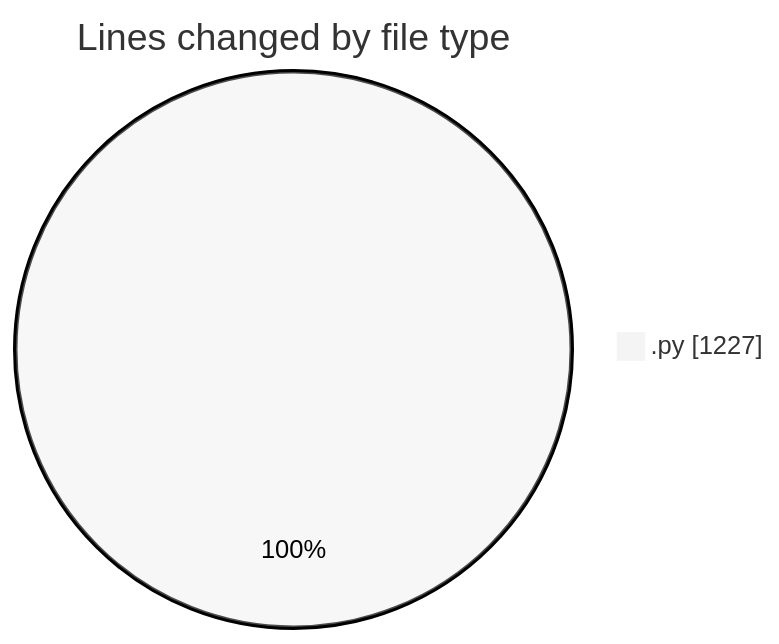
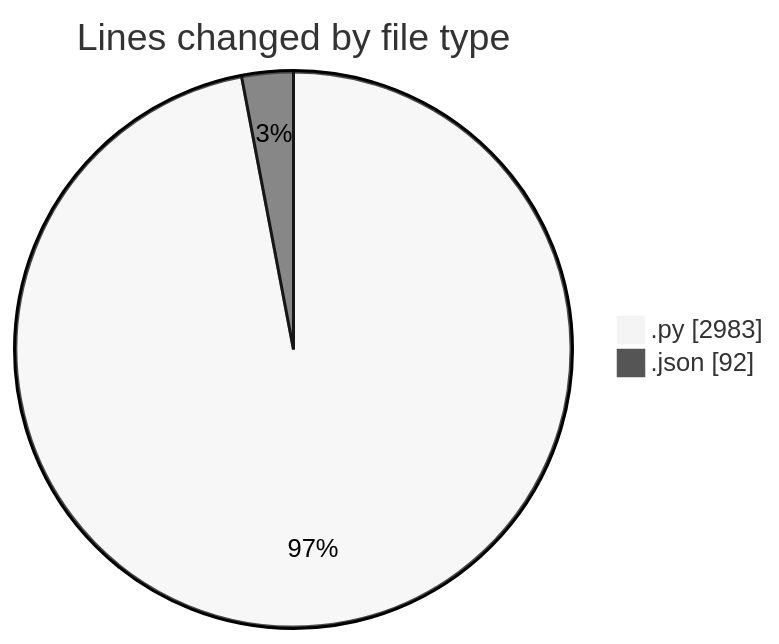
One commit to jrari/code-tracking changed the first of 2 diagrams in 2025-07-13/telebot/README.md. Above: the diagram before and after it, drawn with Mermaid (neutral theme). The commit also changed other lines of this file and 1 other file, not shown here.

````diff
--- a/2025-07-13/telebot/README.md
+++ b/2025-07-13/telebot/README.md
@@ -22,5 +26,6 @@
 ```mermaid
 pie showData
 title Lines changed by file type
-".py" : 1227
+".py" : 2983
+".json" : 92
 ```
````
